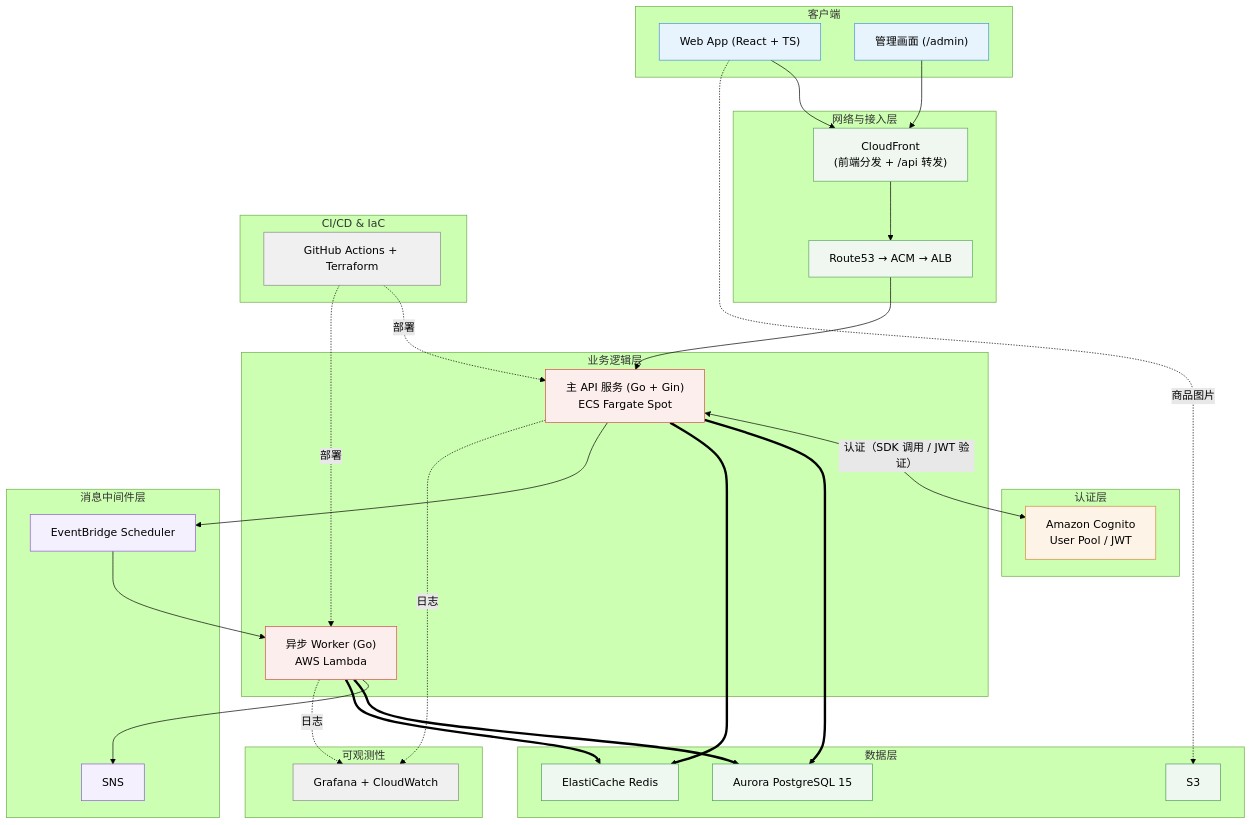
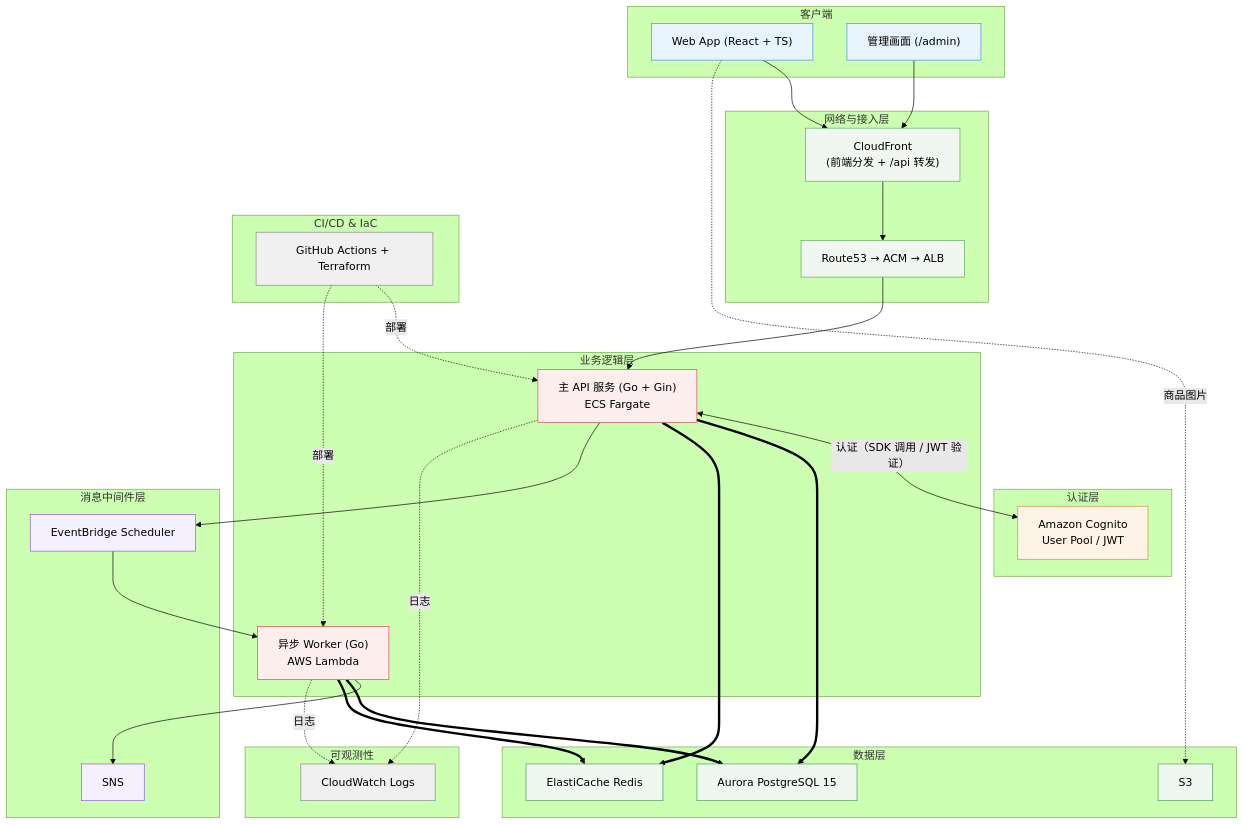
The diagram in README_zh.md (jessehub777/flashbuy), drawn with Mermaid (forest theme) before and after one commit. The commit also changed other lines of this file and 1 other file, not shown here.

````diff
--- a/README_zh.md
+++ b/README_zh.md
@@ -11,82 +11,82 @@
 ```mermaid
 flowchart TB
     %% 层配色
     classDef client fill:#e8f4fd,stroke:#4a90d9
     classDef net    fill:#f0f7f0,stroke:#5aa85a
     classDef auth   fill:#fdf3e7,stroke:#d98a3d
     classDef biz    fill:#fdeeee,stroke:#d94a4a
     classDef msg    fill:#f5f0fd,stroke:#8a5ad9
     classDef data   fill:#eef7f0,stroke:#4a9d5a
     classDef obs    fill:#f0f0f0,stroke:#888
     classDef cicd   fill:#f0f0f0,stroke:#888
 
     subgraph CL["客户端"]
         Web["Web App (React + TS)"]
         Console["管理画面 (/admin)"]
     end
 
     subgraph NW["网络与接入层"]
         Ingress["Route53 → ACM → ALB"]
         CF["CloudFront<br/>(前端分发 + /api 转发)"]
     end
 
     subgraph AU["认证层"]
         Cognito["Amazon Cognito<br/>User Pool / JWT"]
     end
 
     subgraph BI["业务逻辑层"]
-        API["主 API 服务 (Go + Gin)<br/>ECS Fargate Spot"]
+        API["主 API 服务 (Go + Gin)<br/>ECS Fargate"]
         Worker["异步 Worker (Go)<br/>AWS Lambda"]
     end
 
     subgraph MG["消息中间件层"]
         EB["EventBridge Scheduler"]
         SNS["SNS"]
     end
 
     subgraph DT["数据层"]
         Aurora["Aurora PostgreSQL 15"]
         Redis["ElastiCache Redis"]
         S3["S3"]
     end
 
     subgraph OB["可观测性"]
-        CW["Grafana + CloudWatch"]
+        CW["CloudWatch Logs"]
     end
 
     subgraph CICD["CI/CD & IaC"]
         GH["GitHub Actions + Terraform"]
     end
 
     %% 主请求链路（实线）
     Web --> CF
     Console --> CF
     CF --> Ingress
     Ingress --> API
     API <-->|认证（SDK 调用 / JWT 验证）| Cognito
     API ==> Aurora
     API ==> Redis
     Web -. 商品图片 .-> S3
 
     %% 异步链路
     API --> EB
     EB --> Worker
     Worker --> SNS
     Worker ==> Aurora
     Worker ==> Redis
 
     %% 观测 / 部署
     API -. 日志 .-> CW
     Worker -. 日志 .-> CW
     GH -. 部署 .-> API
     GH -. 部署 .-> Worker
 
     class Web,Console client
     class Ingress,CF net
     class Cognito auth
     class API,Worker biz
     class EB,SNS msg
     class Aurora,Redis,S3 data
     class CW obs
     class GH cicd
 ```
````
